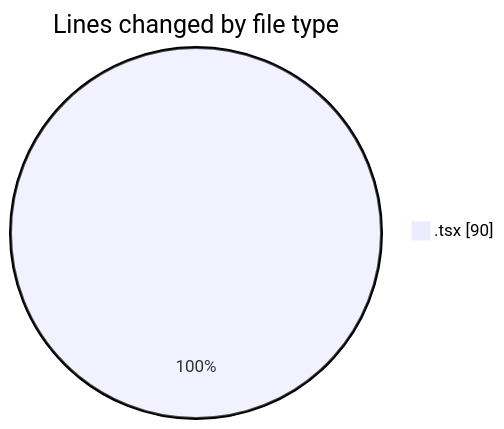
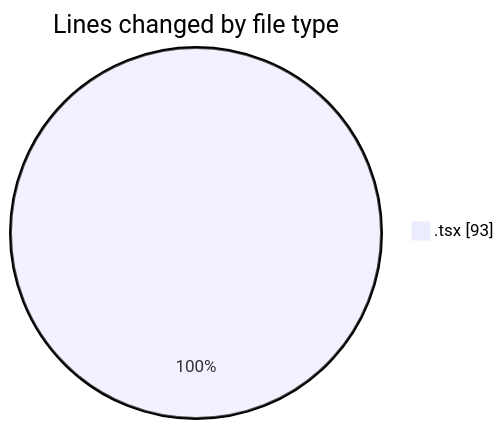
Before and after one commit to robertbonfada/code-tracking: the first of 2 diagrams in 2025-01-09/mbc-web/README.md, drawn with Mermaid. The commit also changed other lines of this file and 1 other file, not shown here.

````diff
--- a/2025-01-09/mbc-web/README.md
+++ b/2025-01-09/mbc-web/README.md
@@ -23,5 +24,5 @@
 ```mermaid
 pie showData
 title Lines changed by file type
-".tsx" : 90
+".tsx" : 93
 ```
````
